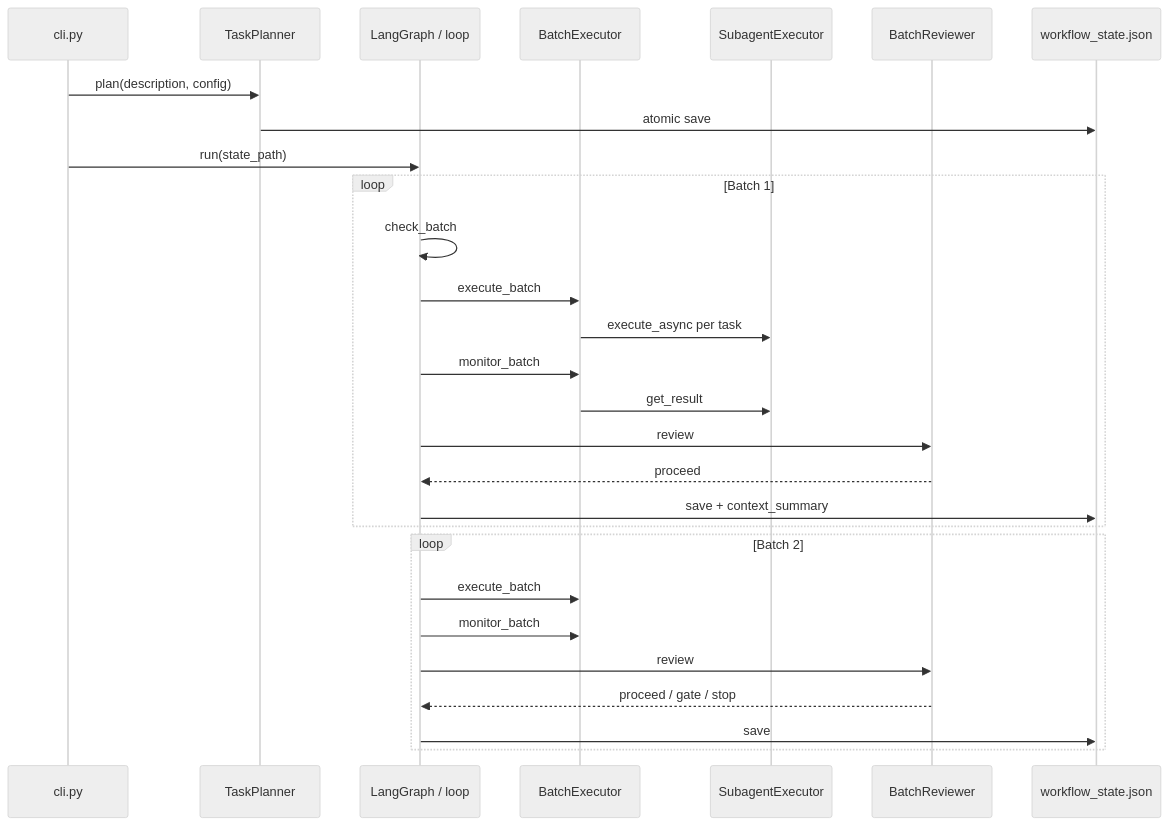
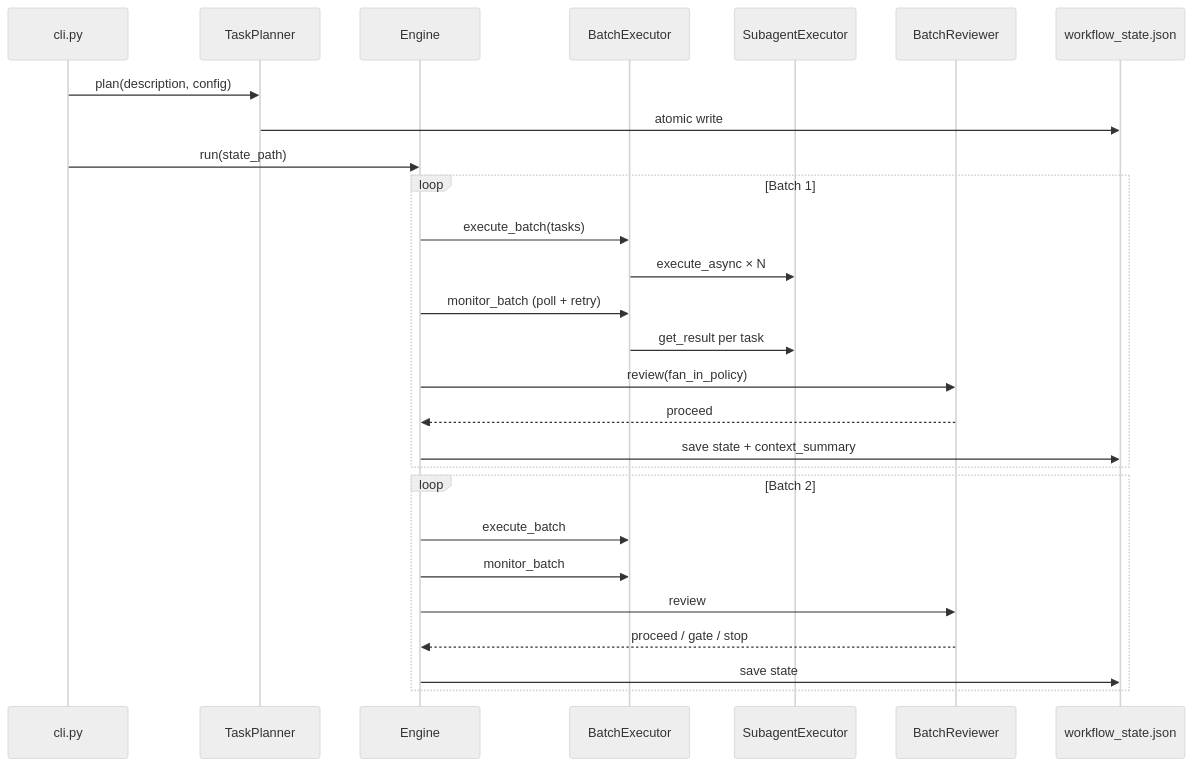
The fourth of 4 diagrams in README.md (lanyasheng/openclaw-company-orchestration-proposal), drawn with Mermaid (neutral theme) before and after one commit. The commit also changed other lines of this file and 9 other files, not shown here.

````diff
--- a/README.md
+++ b/README.md
@@ -157,32 +236,31 @@
 ```mermaid
 sequenceDiagram
   participant CLI as cli.py
   participant PL as TaskPlanner
-  participant G as LangGraph / loop
+  participant G as Engine
   participant BE as BatchExecutor
   participant SE as SubagentExecutor
   participant BR as BatchReviewer
   participant F as workflow_state.json
 
   CLI->>PL: plan(description, config)
-  PL->>F: atomic save
+  PL->>F: atomic write
 
   CLI->>G: run(state_path)
   loop Batch 1
-    G->>G: check_batch
-    G->>BE: execute_batch
-    BE->>SE: execute_async per task
-    G->>BE: monitor_batch
-    BE->>SE: get_result
-    G->>BR: review
+    G->>BE: execute_batch(tasks)
+    BE->>SE: execute_async × N
+    G->>BE: monitor_batch (poll + retry)
+    BE->>SE: get_result per task
+    G->>BR: review(fan_in_policy)
     BR-->>G: proceed
-    G->>F: save + context_summary
+    G->>F: save state + context_summary
   end
   loop Batch 2
     G->>BE: execute_batch
     G->>BE: monitor_batch
     G->>BR: review
     BR-->>G: proceed / gate / stop
-    G->>F: save
+    G->>F: save state
   end
 ```
````
